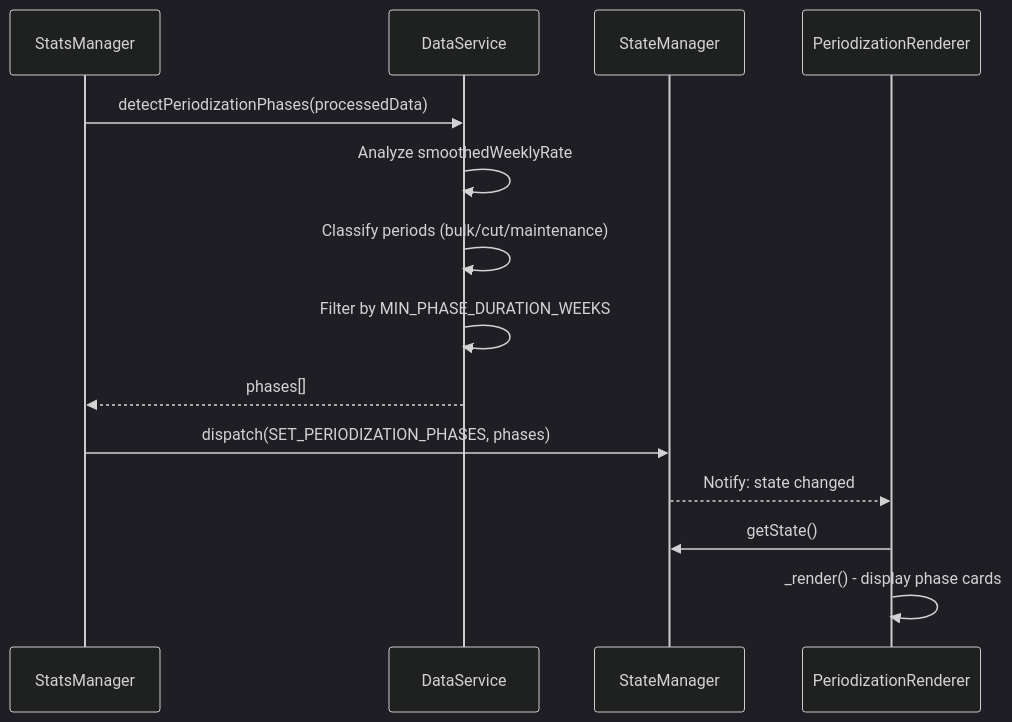
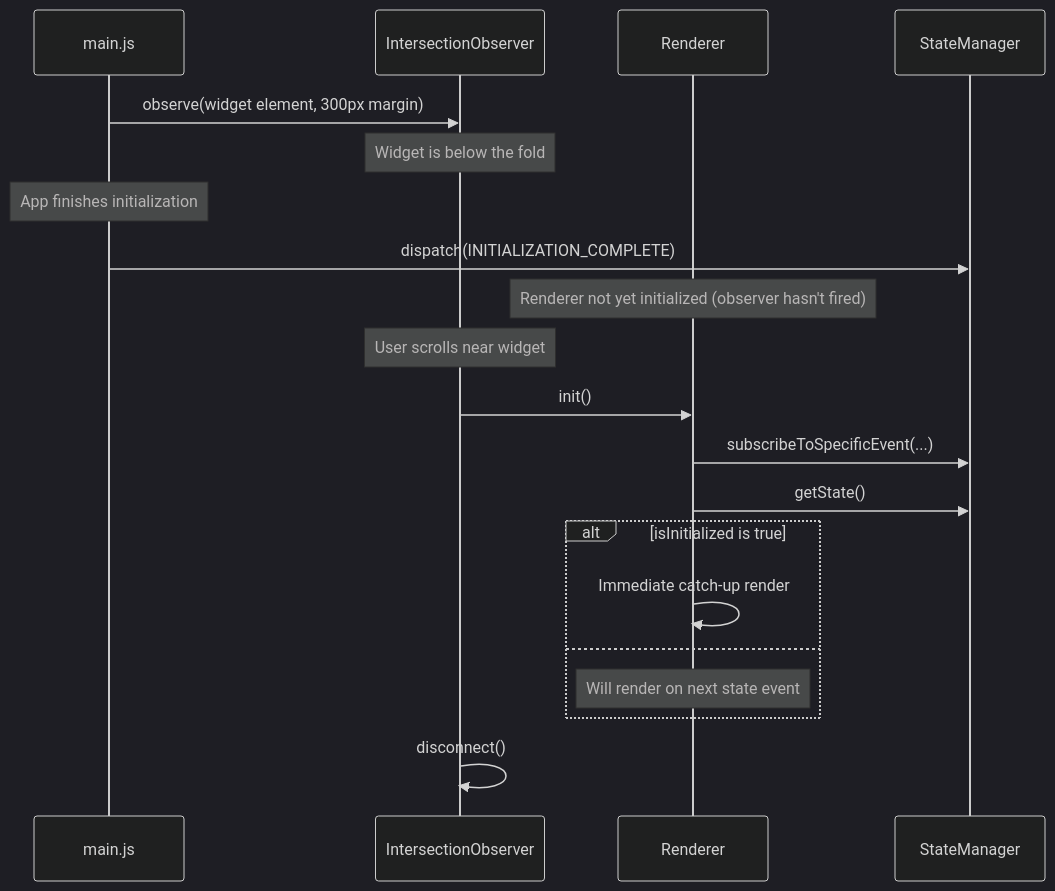
Before and after one commit to tomaszkaliciak/weight-insider: diagram 14 of 18 in frontend/docs/program_flow.md, drawn with Mermaid (dark theme). The commit also changed other lines of this file and 82 other files, not shown here.

````diff
--- a/frontend/docs/program_flow.md
+++ b/frontend/docs/program_flow.md
@@ -461,17 +334,25 @@
 ```mermaid
 sequenceDiagram
-    participant StatsManager
-    participant DataService
+    participant main.js
+    participant IntersectionObserver
+    participant Renderer
     participant StateManager
-    participant PeriodizationRenderer
 
-    StatsManager->>DataService: detectPeriodizationPhases(processedData)
-    DataService->>DataService: Analyze smoothedWeeklyRate
-    DataService->>DataService: Classify periods (bulk/cut/maintenance)
-    DataService->>DataService: Filter by MIN_PHASE_DURATION_WEEKS
-    DataService-->>StatsManager: phases[]
-    StatsManager->>StateManager: dispatch(SET_PERIODIZATION_PHASES, phases)
-    StateManager-->>PeriodizationRenderer: Notify: state changed
-    PeriodizationRenderer->>StateManager: getState()
-    PeriodizationRenderer->>PeriodizationRenderer: _render() - display phase cards
+    main.js->>IntersectionObserver: observe(widget element, 300px margin)
+    Note over IntersectionObserver: Widget is below the fold
+
+    Note over main.js: App finishes initialization
+    main.js->>StateManager: dispatch(INITIALIZATION_COMPLETE)
+    Note over Renderer: Renderer not yet initialized (observer hasn't fired)
+
+    Note over IntersectionObserver: User scrolls near widget
+    IntersectionObserver->>Renderer: init()
+    Renderer->>StateManager: subscribeToSpecificEvent(...)
+    Renderer->>StateManager: getState()
+    alt isInitialized is true
+        Renderer->>Renderer: Immediate catch-up render
+    else
+        Note over Renderer: Will render on next state event
+    end
+    IntersectionObserver->>IntersectionObserver: disconnect()
 ```
````
